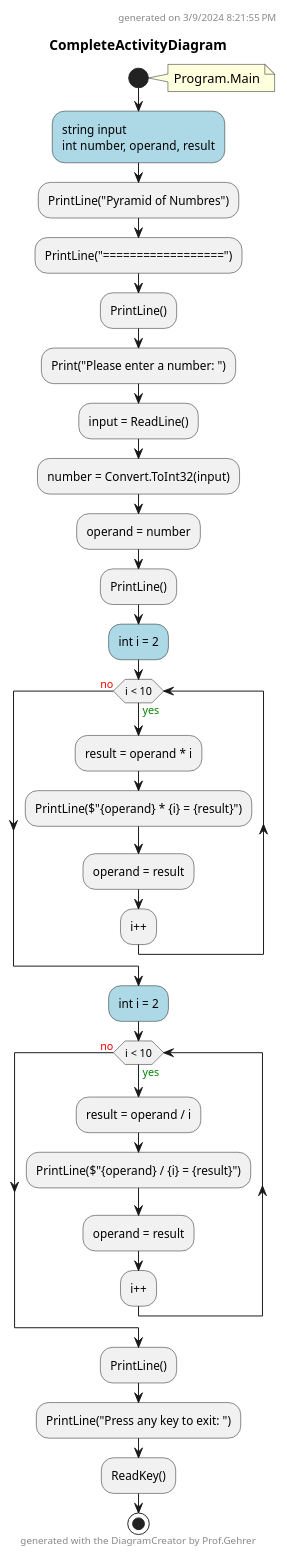
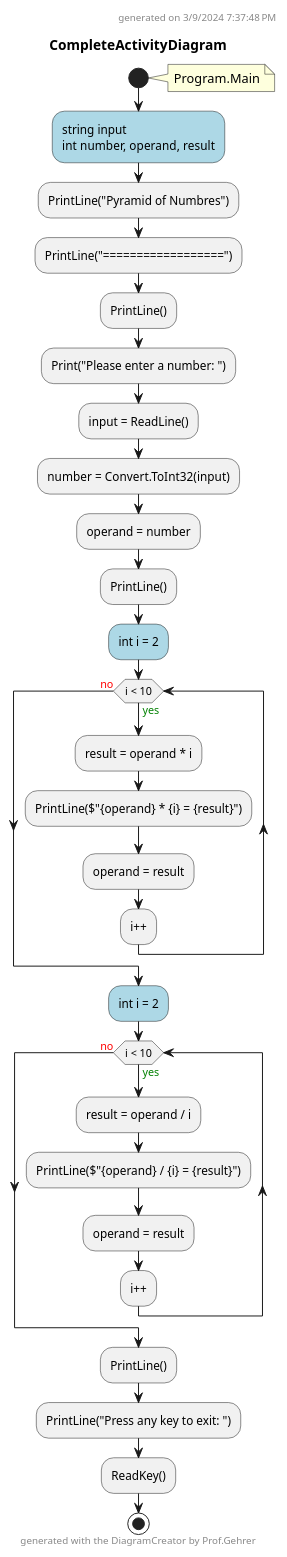
One commit to leoggehrer/2324-34_ABIF_ACIF_POSE changed the diagram in TowerCalculator.ConApp/Diagrams/CompleteActivityDiagram.puml. Above: the diagram before and after it, drawn with PlantUML. The commit also changed 202 other files, not shown here.

Commit message:
Created uml activity diagrams.

```diff
--- a/TowerCalculator.ConApp/Diagrams/CompleteActivityDiagram.puml
+++ b/TowerCalculator.ConApp/Diagrams/CompleteActivityDiagram.puml
@@ -1,42 +1,39 @@
 @startuml CompleteActivityDiagram
 header
-generated on 3/9/2024 8:21:55 PM
+generated on 3/9/2024 7:37:48 PM
 end header
 title CompleteActivityDiagram
 start
 note right:  Program.Main
 #LightBlue:string input
 int number, operand, result;
 :PrintLine("Pyramid of Numbres");
 :PrintLine("==================");
 :PrintLine();
 :Print("Please enter a number: ");
 :input = ReadLine();
 :number = Convert.ToInt32(input);
 :operand = number;
 :PrintLine();
 #LightBlue:int i = 2;
 while (i < 10) is (<color:green>yes)
     :result = operand * i;
     :PrintLine($"{operand} * {i} = {result}");
     :operand = result;
 :i++;
 endwhile (<color:red>no)
 #LightBlue:int i = 2;
 while (i < 10) is (<color:green>yes)
     :result = operand / i;
     :PrintLine($"{operand} / {i} = {result}");
     :operand = result;
 :i++;
 endwhile (<color:red>no)
 :PrintLine();
 :PrintLine("Press any key to exit: ");
 :ReadKey();
-footer
-generated with the DiagramCreator by Prof.Gehrer
-end footer
 stop
 footer
 generated with the DiagramCreator by Prof.Gehrer
 end footer
 @enduml
```
